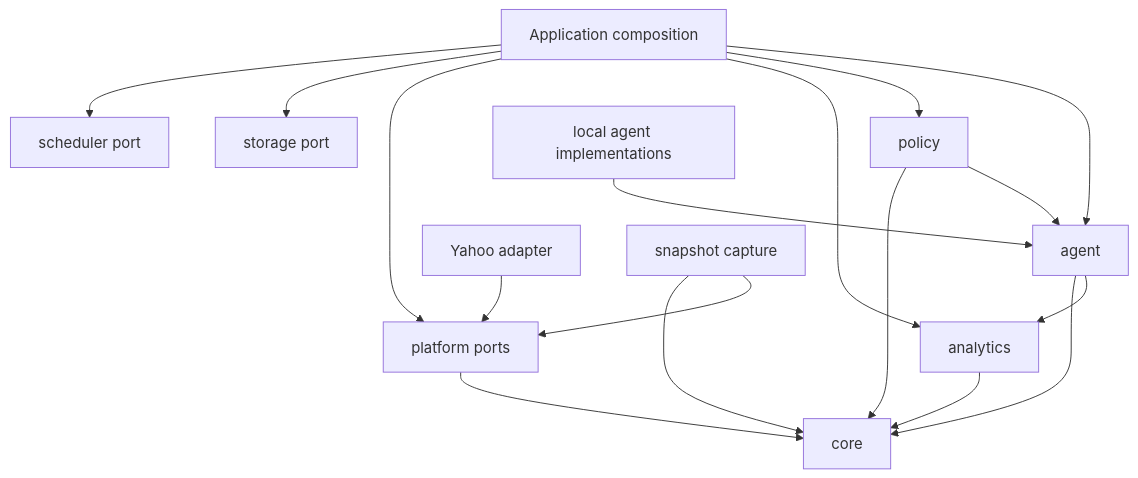
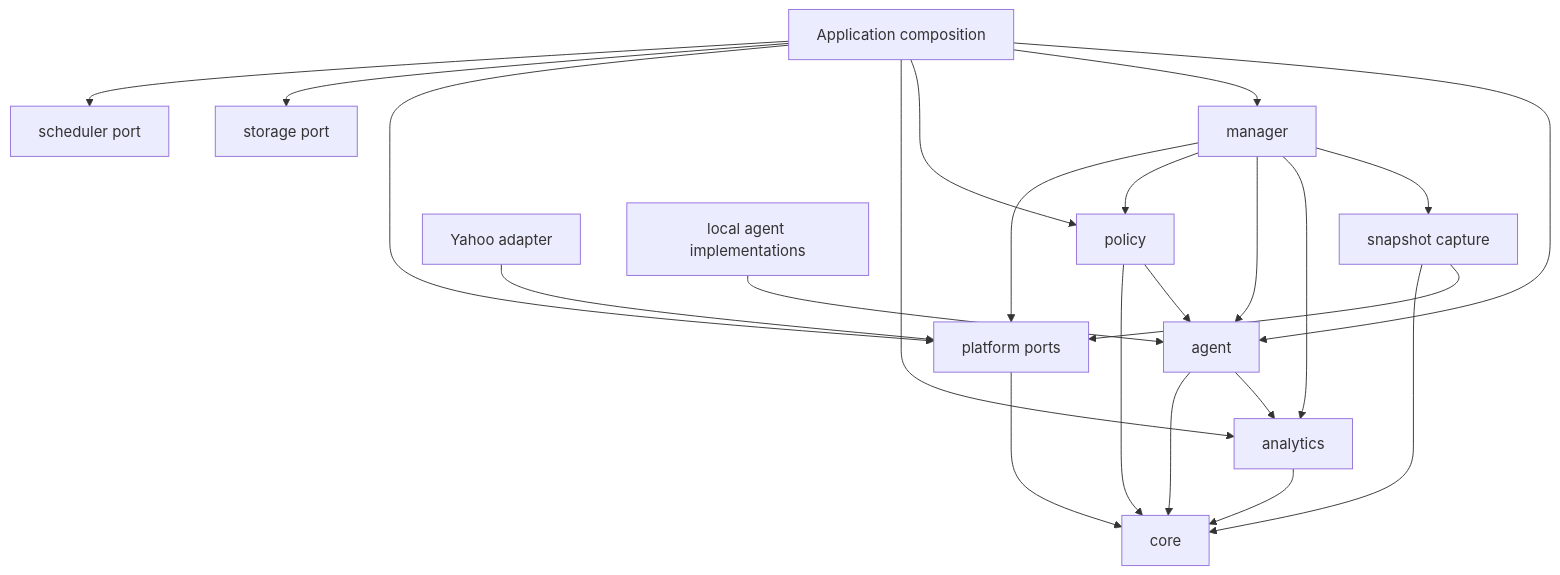
Before and after one commit to spencer-dye/eggbot: the diagram in docs/ARCHITECTURE.md, drawn with Mermaid. The commit also changed other lines of this file and 24 other files, not shown here.

````diff
--- a/docs/ARCHITECTURE.md
+++ b/docs/ARCHITECTURE.md
@@ -25,19 +26,25 @@
 ```mermaid
 flowchart TD
   CLI[Application composition] --> A[agent]
+  CLI --> M[manager]
   CLI --> P[policy]
   CLI --> N[analytics]
   CLI --> FP[platform ports]
   CLI --> S[storage port]
   CLI --> J[scheduler port]
   Y[Yahoo adapter] --> FP
   AL[local agent implementations] --> A
+  M --> LS
+  M --> N
+  M --> A
+  M --> P
+  M --> FP
   LS[snapshot capture] --> FP
   LS --> C
   A --> N
   A --> C[core]
   P --> A
   P --> C
   N --> C
   FP --> C
 ```
````
